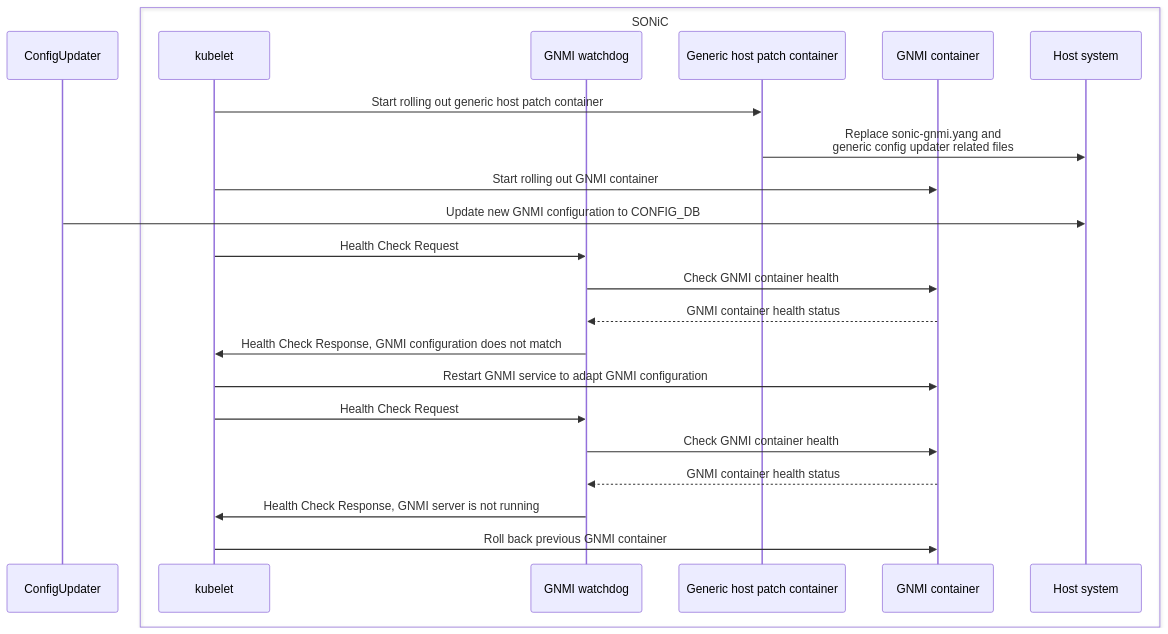
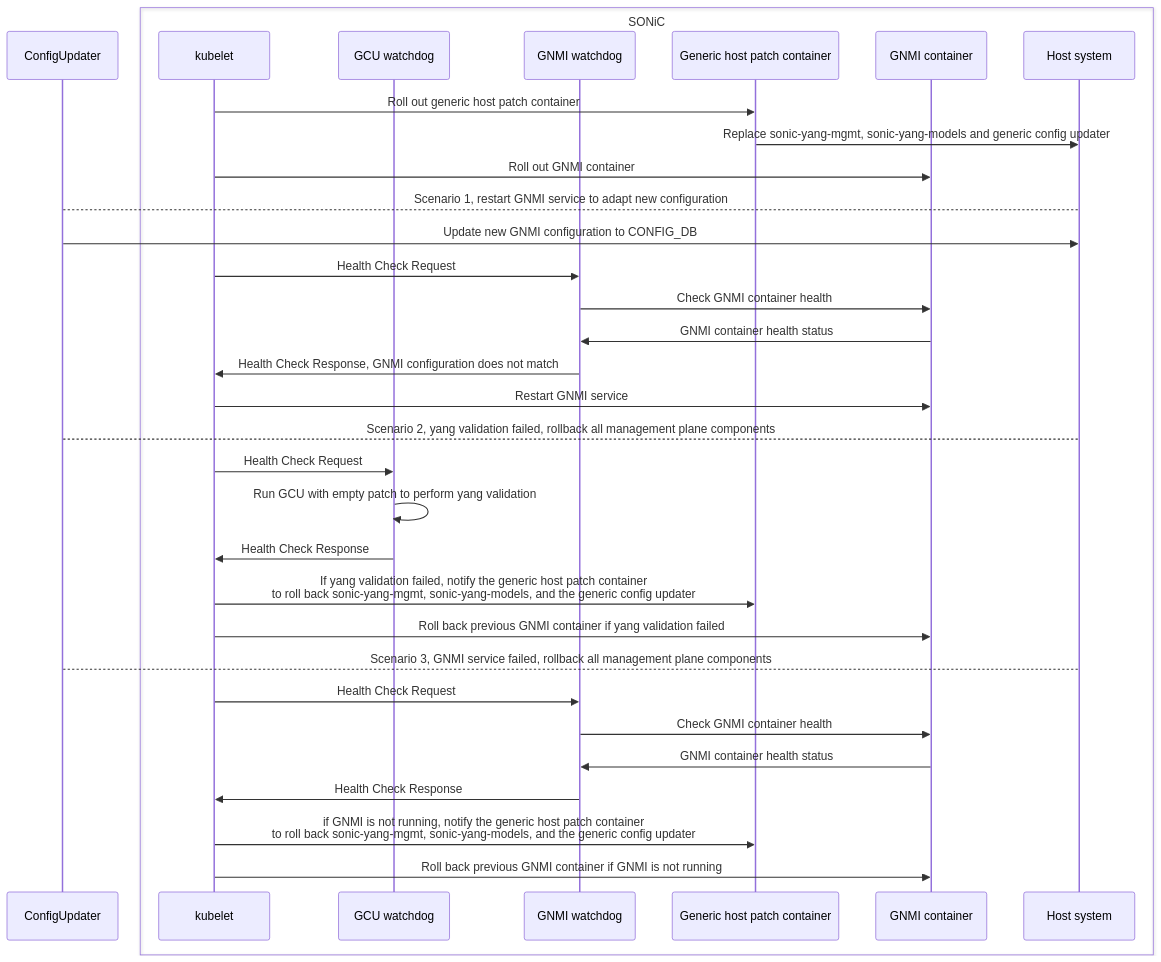
The diagram in gnmi_upgrade.md (ganglyu/mermaid), drawn with Mermaid before and after one commit.

````diff
--- a/gnmi_upgrade.md
+++ b/gnmi_upgrade.md
@@ -1,25 +1,35 @@
 ```mermaid
 sequenceDiagram
     participant ConfigUpdater
     box SONiC
         participant kubelet
+        participant GCU watchdog
         participant GNMI watchdog
         participant Generic host patch container
         participant GNMI container
         participant Host system
     end
-    kubelet->>Generic host patch container: Start rolling out generic host patch container
-    Generic host patch container->>Host system: Replace sonic-gnmi.yang and <br>generic config updater related files
-    kubelet->>GNMI container: Start rolling out GNMI container
+    kubelet->>Generic host patch container: Roll out generic host patch container
+    Generic host patch container->>Host system: Replace sonic-yang-mgmt, sonic-yang-models and generic config updater
+    kubelet->>GNMI container: Roll out GNMI container
+    ConfigUpdater-->Host system: Scenario 1, restart GNMI service to adapt new configuration
     ConfigUpdater->>Host system: Update new GNMI configuration to CONFIG_DB
     kubelet->>GNMI watchdog: Health Check Request
     GNMI watchdog->>GNMI container: Check GNMI container health
-    GNMI container-->>GNMI watchdog: GNMI container health status
+    GNMI container->>GNMI watchdog: GNMI container health status
     GNMI watchdog->>kubelet: Health Check Response, GNMI configuration does not match
-    kubelet->>GNMI container: Restart GNMI service to adapt GNMI configuration
+    kubelet->>GNMI container: Restart GNMI service
+    ConfigUpdater-->Host system: Scenario 2, yang validation failed, rollback all management plane components
+    kubelet->>GCU watchdog: Health Check Request
+    GCU watchdog->>GCU watchdog: Run GCU with empty patch to perform yang validation
+    GCU watchdog->>kubelet: Health Check Response
+    kubelet->>Generic host patch container: If yang validation failed, notify the generic host patch container <br>to roll back sonic-yang-mgmt, sonic-yang-models, and the generic config updater
+    kubelet->>GNMI container: Roll back previous GNMI container if yang validation failed
+    ConfigUpdater-->Host system: Scenario 3, GNMI service failed, rollback all management plane components
     kubelet->>GNMI watchdog: Health Check Request
     GNMI watchdog->>GNMI container: Check GNMI container health
-    GNMI container-->>GNMI watchdog: GNMI container health status
-    GNMI watchdog->>kubelet: Health Check Response, GNMI server is not running
-    kubelet->>GNMI container: Roll back previous GNMI container
+    GNMI container->>GNMI watchdog: GNMI container health status
+    GNMI watchdog->>kubelet: Health Check Response
+    kubelet->>Generic host patch container: if GNMI is not running, notify the generic host patch container <br>to roll back sonic-yang-mgmt, sonic-yang-models, and the generic config updater
+    kubelet->>GNMI container: Roll back previous GNMI container if GNMI is not running
 ```
````
